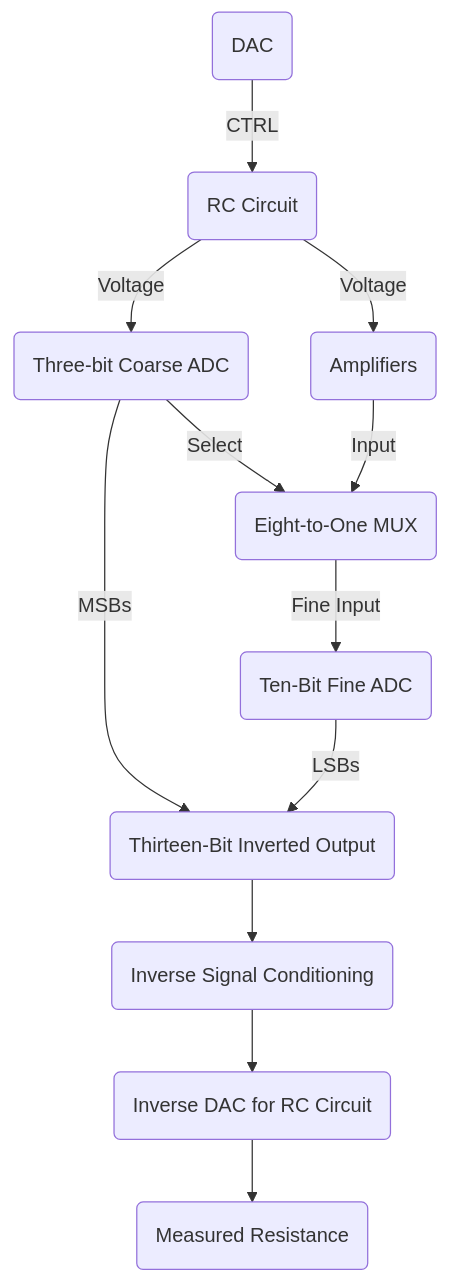
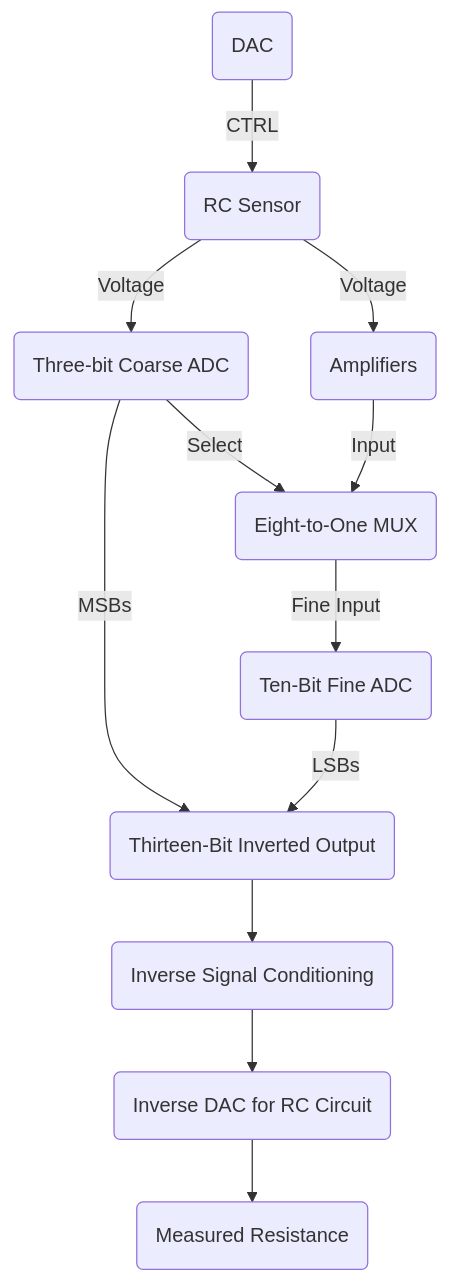
Before and after one commit to 0x9ONU/Obsidian-Notes: the diagram in 3 - Junior Year/Summer Research/Reports/Evan's Fellowship Research Integrated Circuits Report 1.md, drawn with Mermaid. The commit also changed 14 other files, not shown here.

````diff
--- a/3 - Junior Year/Summer Research/Reports/Evan's Fellowship Research Integrated Circuits Report 1.md
+++ b/3 - Junior Year/Summer Research/Reports/Evan's Fellowship Research Integrated Circuits Report 1.md
@@ -40,15 +40,15 @@
 ```mermaid
 flowchart TD
 
-A(DAC)-->|CTRL|B(RC Circuit)
+A(DAC)-->|CTRL|B(RC Sensor)
 B-->|Voltage| C(Three-bit Coarse ADC) & D(Amplifiers)
 C-->|Select| E(Eight-to-One MUX)
 C-->|MSBs| O(Thirteen-Bit Inverted Output)
 D-->|Input|E
 E-->|Fine Input|F(Ten-Bit Fine ADC)
 F-->|LSBs| O
 O-->J(Inverse Signal Conditioning)
 J-->I(Inverse DAC for RC Circuit)
 I-->Q(Measured Resistance)
 
 ```
````
